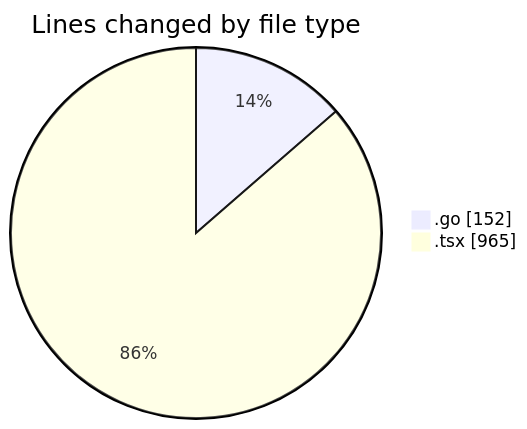
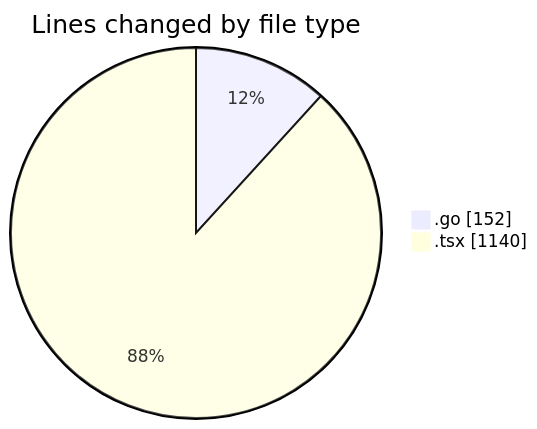
One commit to robertbonfada/code-tracking changed the first of 2 diagrams in 2025-03-05/termonied_testador/README.md. Above: the diagram before and after it, drawn with Mermaid. The commit also changed other lines of this file and 1 other file, not shown here.

````diff
--- a/2025-03-05/termonied_testador/README.md
+++ b/2025-03-05/termonied_testador/README.md
@@ -23,6 +24,6 @@
 ```mermaid
 pie showData
 title Lines changed by file type
 ".go" : 152
-".tsx" : 965
+".tsx" : 1140
 ```
````
